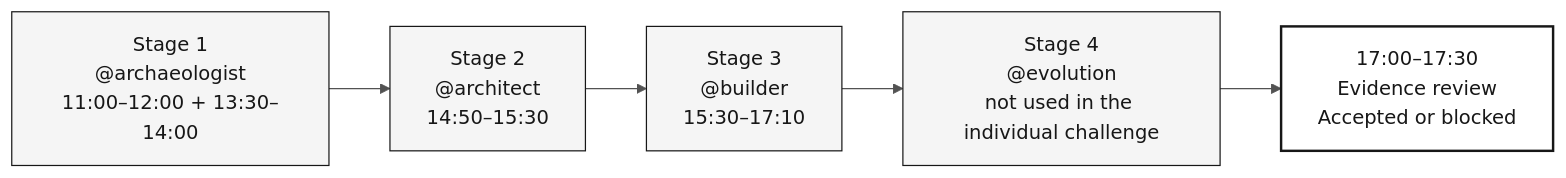
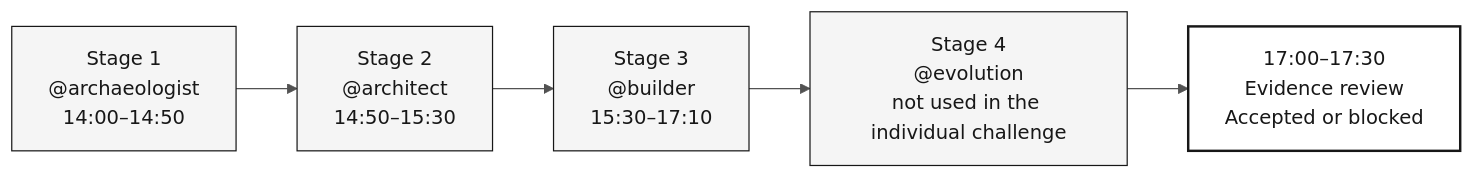
One commit to serpro-workshop-floripa/sifap-workshop-paula-00 changed the diagram in 06-stage-agents/README.md. Above: the diagram before and after it, drawn with Mermaid. The commit also changed other lines of this file and 37 other files, not shown here.

````diff
--- a/06-stage-agents/README.md
+++ b/06-stage-agents/README.md
@@ -55,11 +55,11 @@
 ```mermaid
 %%{init: {'theme':'neutral','themeVariables':{'fontFamily':'ui-sans-serif, system-ui, sans-serif','primaryColor':'#F5F5F5','primaryTextColor':'#171717','primaryBorderColor':'#171717','lineColor':'#525252','secondaryColor':'#FFFFFF','tertiaryColor':'#FAFAFA','background':'#FFFFFF'}}}%%
 flowchart LR
     classDef step fill:#F5F5F5,stroke:#171717,color:#171717
     classDef result fill:#FFFFFF,stroke:#171717,color:#171717,stroke-width:2px
 
-    A["Stage 1<br/>@archaeologist<br/>11:00–12:00 + 13:30–14:00"]:::step --> B["Stage 2<br/>@architect<br/>14:50–15:30"]:::step
+    A["Stage 1<br/>@archaeologist<br/>14:00–14:50"]:::step --> B["Stage 2<br/>@architect<br/>14:50–15:30"]:::step
     B --> C["Stage 3<br/>@builder<br/>15:30–17:10"]:::step
     C --> D["Stage 4<br/>@evolution<br/>not used in the individual challenge"]:::step
     D --> E["17:00–17:30<br/>Evidence review<br/>Accepted or blocked"]:::result
 ```
````
